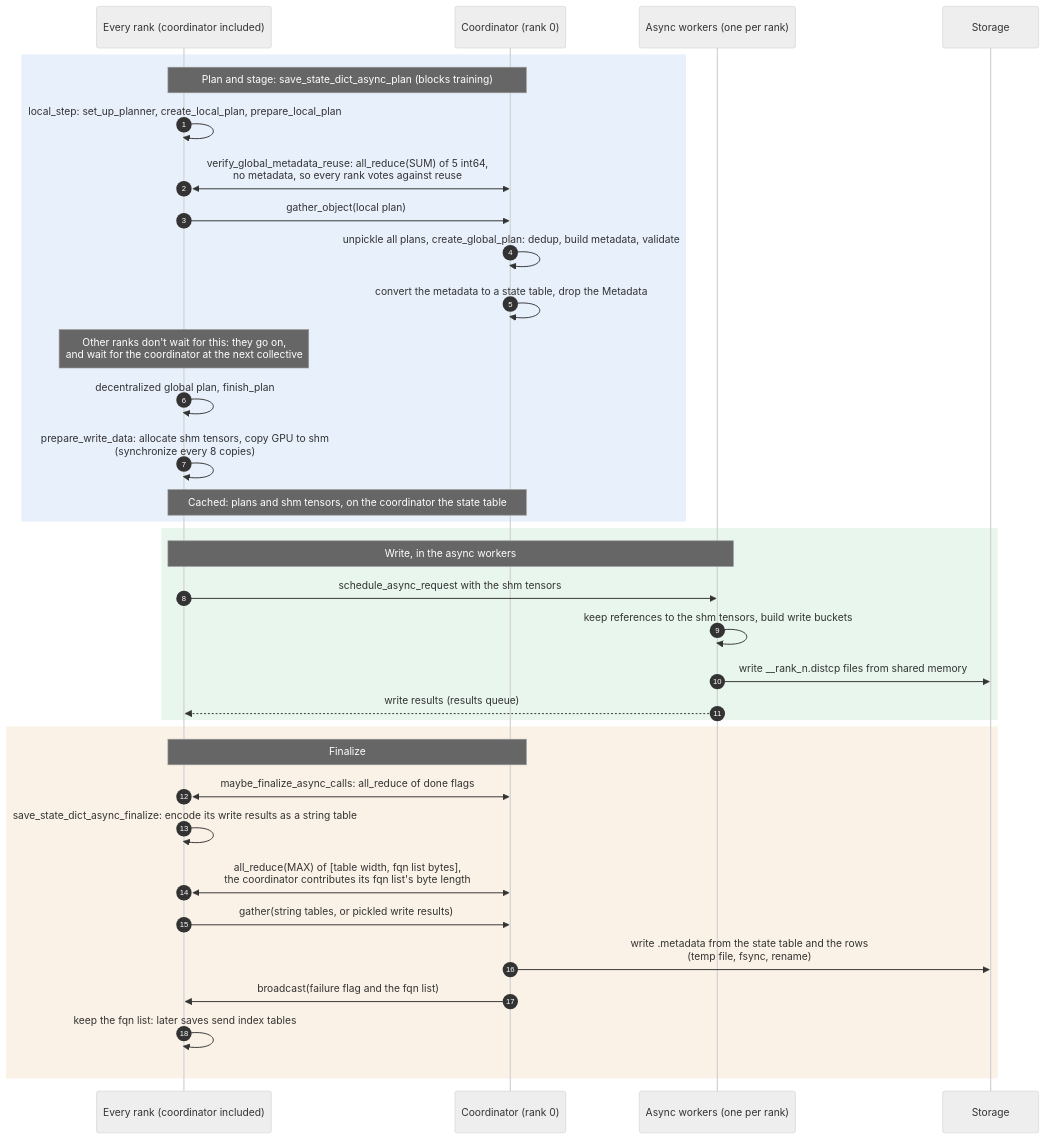
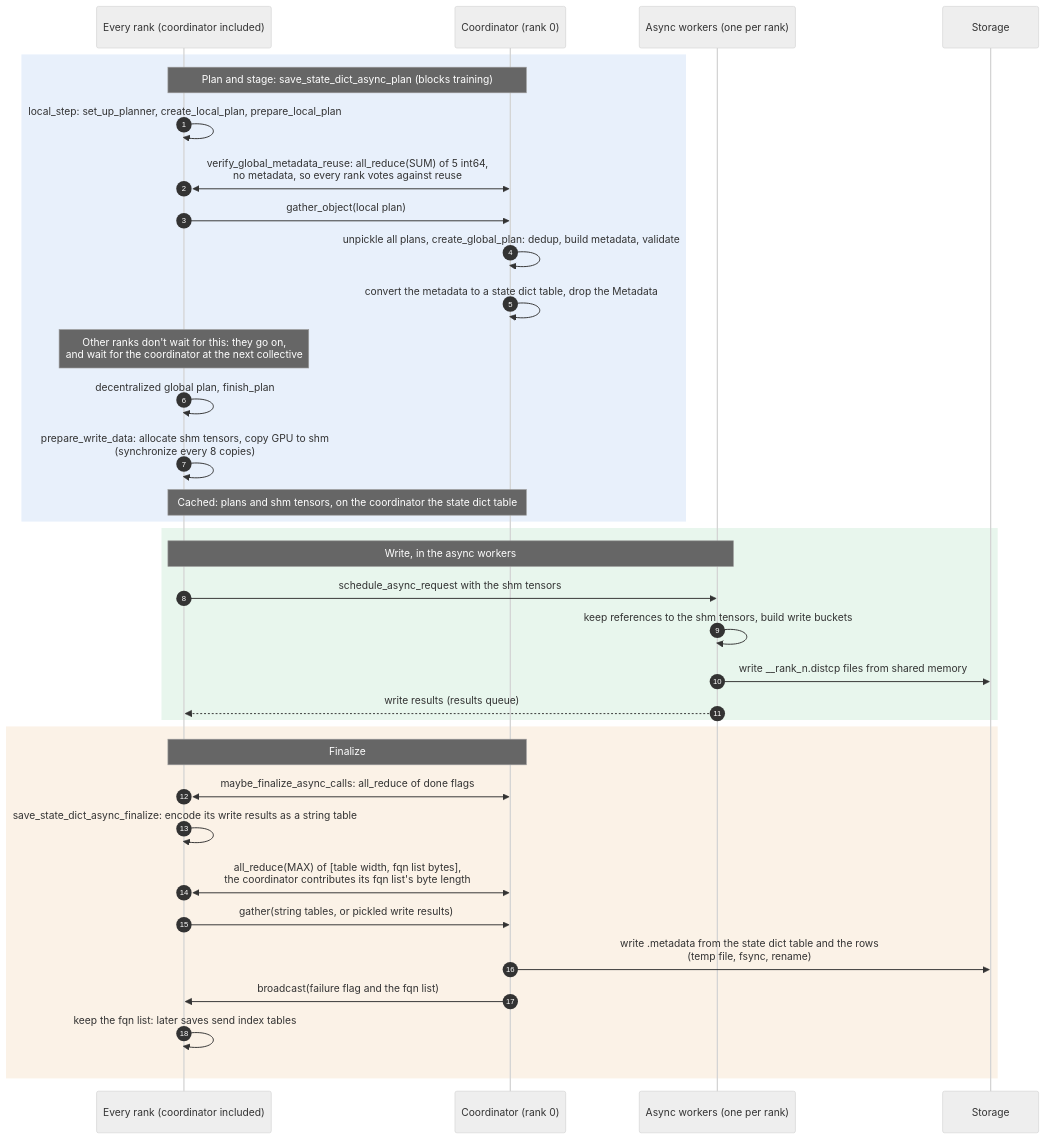
Before and after one commit to NVIDIA/nvidia-resiliency-ext: the third of 5 diagrams in docs/design/checkpoint/ASYNC_SAVE.md, drawn with Mermaid (neutral theme). The commit also changed other lines of this file and 12 other files, not shown here.

First line of the commit message:
Rename state_table to state_dict_table

````diff
--- a/docs/design/checkpoint/ASYNC_SAVE.md
+++ b/docs/design/checkpoint/ASYNC_SAVE.md
@@ -245,40 +245,40 @@
 ```mermaid
 sequenceDiagram
     autonumber
     participant R as Every rank (coordinator included)
     participant C as Coordinator (rank 0)
     participant W as Async workers (one per rank)
     participant S as Storage
 
     rect rgba(70, 130, 220, 0.12)
     Note over R,C: Plan and stage: save_state_dict_async_plan (blocks training)
     R->>R: local_step: set_up_planner, create_local_plan, prepare_local_plan
     R<<->>C: verify_global_metadata_reuse: all_reduce(SUM) of 5 int64,<br/>no metadata, so every rank votes against reuse
     R->>C: gather_object(local plan)
     C->>C: unpickle all plans, create_global_plan: dedup, build metadata, validate
-    C->>C: convert the metadata to a state table, drop the Metadata
+    C->>C: convert the metadata to a state dict table, drop the Metadata
     Note over R: Other ranks don't wait for this: they go on,<br/>and wait for the coordinator at the next collective
     R->>R: decentralized global plan, finish_plan
     R->>R: prepare_write_data: allocate shm tensors, copy GPU to shm<br/>(synchronize every 8 copies)
-    Note over R,C: Cached: plans and shm tensors, on the coordinator the state table
+    Note over R,C: Cached: plans and shm tensors, on the coordinator the state dict table
     end
 
     rect rgba(70, 180, 110, 0.12)
     Note over R,W: Write, in the async workers
     R->>W: schedule_async_request with the shm tensors
     W->>W: keep references to the shm tensors, build write buckets
     W->>S: write __rank_n.distcp files from shared memory
     W-->>R: write results (results queue)
     end
 
     rect rgba(220, 150, 60, 0.12)
     Note over R,C: Finalize
     R<<->>C: maybe_finalize_async_calls: all_reduce of done flags
     R->>R: save_state_dict_async_finalize: encode its write results as a string table
     R<<->>C: all_reduce(MAX) of [table width, fqn list bytes],<br/>the coordinator contributes its fqn list's byte length
     R->>C: gather(string tables, or pickled write results)
-    C->>S: write .metadata from the state table and the rows<br/>(temp file, fsync, rename)
+    C->>S: write .metadata from the state dict table and the rows<br/>(temp file, fsync, rename)
     C->>R: broadcast(failure flag and the fqn list)
     R->>R: keep the fqn list: later saves send index tables
     end
 ```
````
